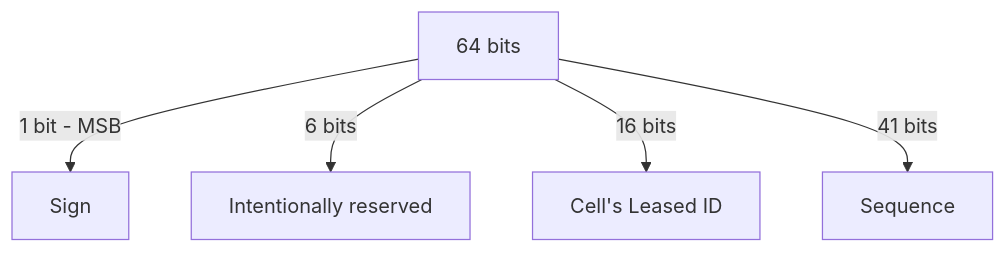
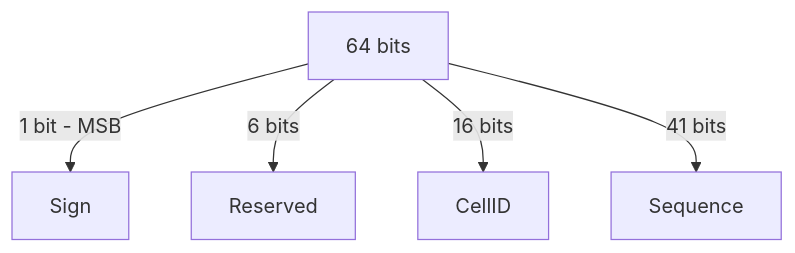
Before and after one commit to zalyoung/gitlab-handbook: the second of 9 diagrams in content/handbook/engineering/architecture/design-documents/cells/topology_service.md, drawn with Mermaid. The commit also changed other lines of this file, not shown here.

First line of the commit message:
Update Cell Database Sequence ID Docs

````diff
--- a/content/handbook/engineering/architecture/design-documents/cells/topology_service.md
+++ b/content/handbook/engineering/architecture/design-documents/cells/topology_service.md
@@ -136,7 +136,7 @@
 ```mermaid
 graph TD
   A[64 bits] --> |1 bit - MSB| B[Sign]
-  A -->|6 bits| C[Intentionally reserved]
-  A -->|16 bits| D[Cell's Leased ID]
+  A -->|6 bits| C[Reserved]
+  A -->|16 bits| D[CellID]
   A -->|41 bits| E[Sequence]
 ```
````
